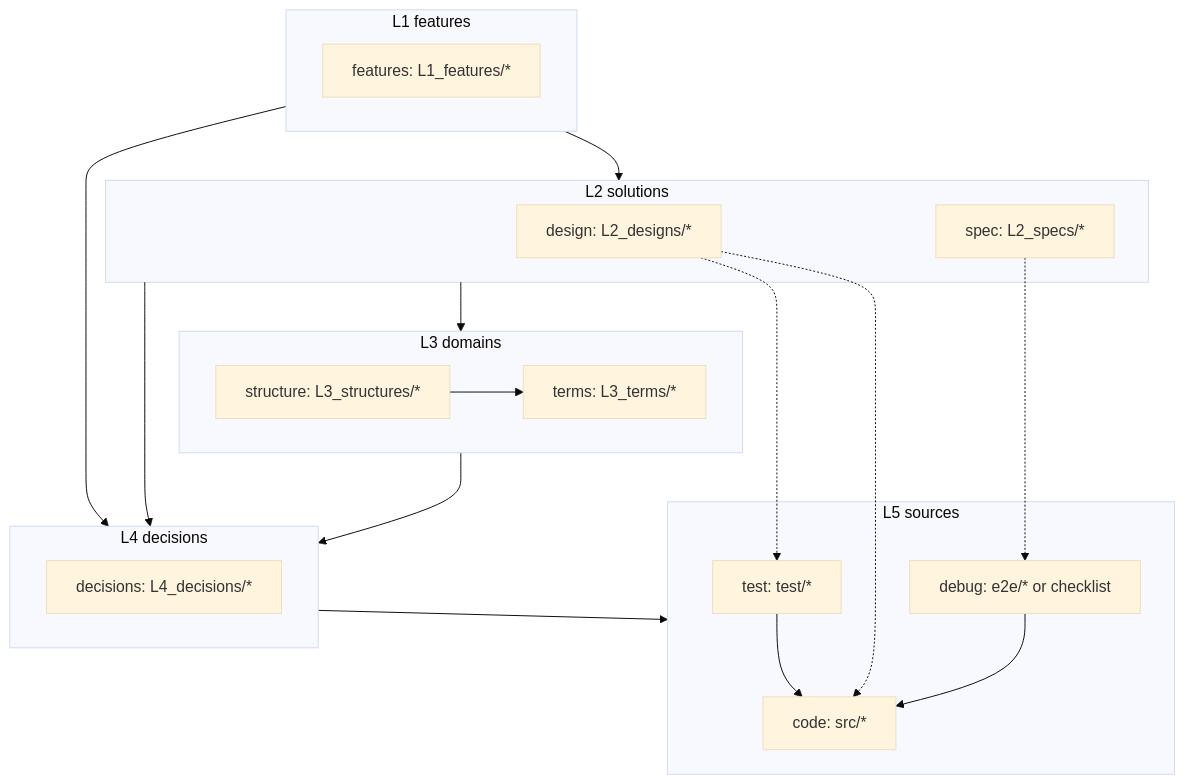
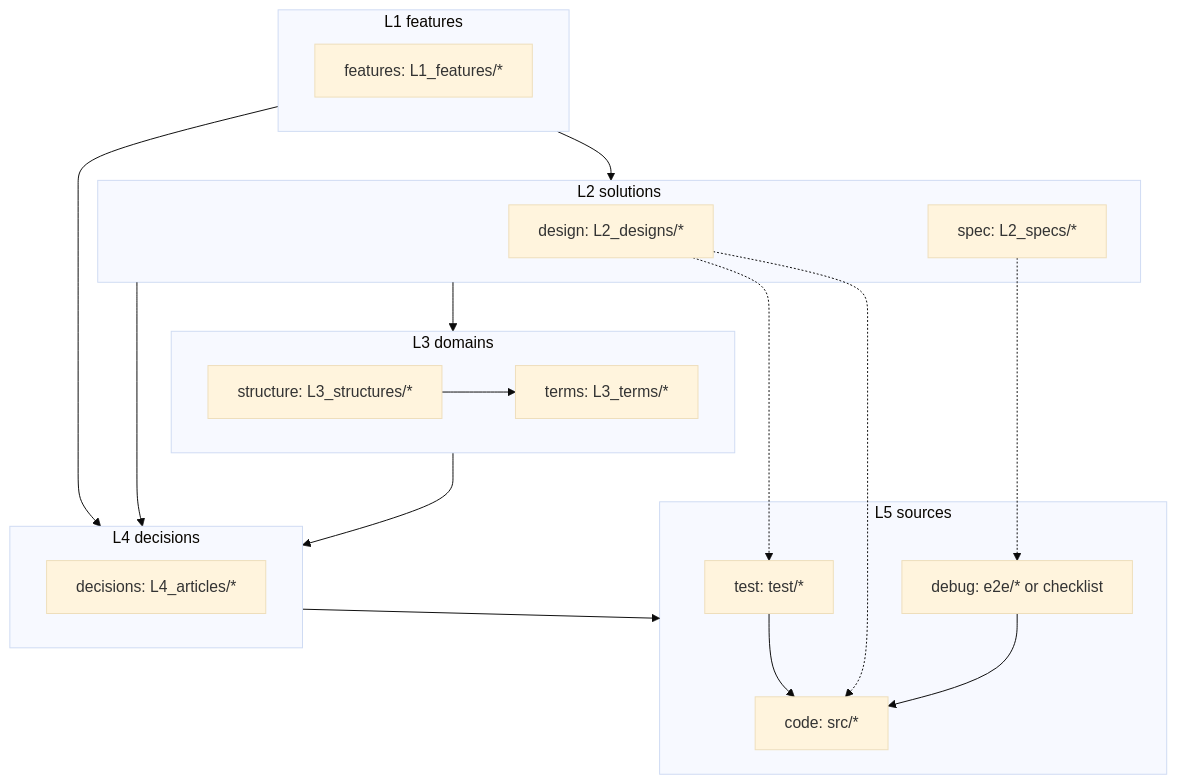
Before and after one commit to gameundwatch/archivist: the first of 3 diagrams in docs/archivist/L3_structures/document-layers.md, drawn with Mermaid (base theme). The commit also changed other lines of this file and 79 other files, not shown here.

````diff
--- a/docs/archivist/L3_structures/document-layers.md
+++ b/docs/archivist/L3_structures/document-layers.md
@@ -7,31 +7,31 @@
 ```mermaid
 flowchart TD
     subgraph L1[L1 features]
         feature[features: L1_features/*]
     end
     subgraph L2[L2 solutions]
         design[design: L2_designs/*]
         spec[spec: L2_specs/*]
     end
     subgraph L3[L3 domains]
         terms[terms: L3_terms/*]
         structure[structure: L3_structures/*]
     end
     subgraph L4[L4 decisions]
-        decision[decisions: L4_decisions/*]
+        decision[decisions: L4_articles/*]
     end
     subgraph L5[L5 sources]
         code[code: src/*]
         test[test: test/*]
         debug[debug: e2e/* or checklist]
     end
     L1 --> L2 --> L3 --> L4 --> L5
     L1 --> L4
     L2 --> L4
     structure --> terms
     test --> code
     debug --> code
     design -.-> code
     design -.-> test
     spec -.-> debug
 ```
````
